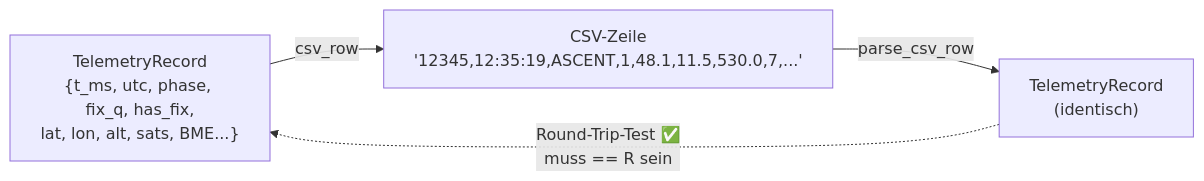
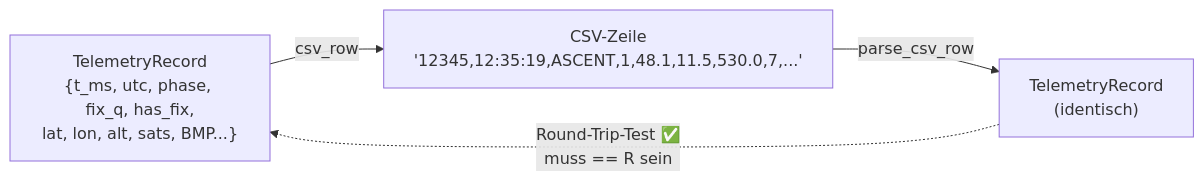
One commit to rhoentier/weather_balloon changed the sixth of 6 diagrams in docs/software-flow.md. Above: the diagram before and after it, drawn with Mermaid. The commit also changed other lines of this file, not shown here.

First line of the commit message:
docs(software-flow): zurueck auf BMP280 (Chip-ID 0x58 am Board)

````diff
--- a/docs/software-flow.md
+++ b/docs/software-flow.md
@@ -257,8 +257,8 @@
 ```mermaid
 flowchart LR
-    R["TelemetryRecord<br/>{t_ms, utc, phase, fix_q, has_fix,<br/>lat, lon, alt, sats, BME...}"]
+    R["TelemetryRecord<br/>{t_ms, utc, phase, fix_q, has_fix,<br/>lat, lon, alt, sats, BMP...}"]
     R -->|csv_row| LINE["CSV-Zeile<br/>'12345,12:35:19,ASCENT,1,48.1,11.5,530.0,7,...'"]
     LINE -->|parse_csv_row| R2["TelemetryRecord<br/>(identisch)"]
 
     R2 -.->|"Round-Trip-Test ✅<br/>muss == R sein"| R
 ```
````
